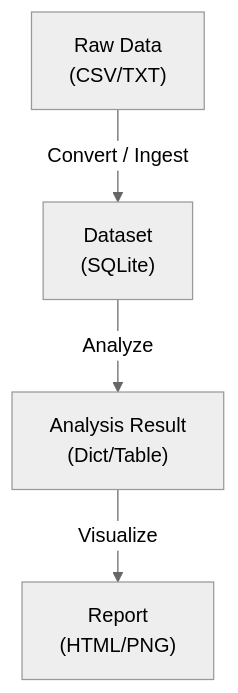
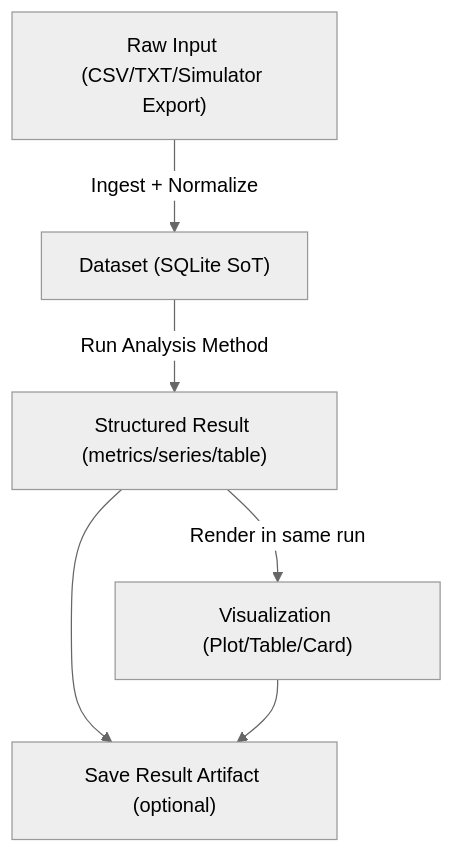
One commit to arfiligol/superconducting-circuits-tutorial changed the diagram in docs/explanation/architecture/pipeline/data-flow.md. Above: the diagram before and after it, drawn with Mermaid (neutral theme). The commit also changed other lines of this file and 335 other files, not shown here.

````diff
--- a/docs/explanation/architecture/pipeline/data-flow.md
+++ b/docs/explanation/architecture/pipeline/data-flow.md
@@ -26,6 +26,8 @@
 ```mermaid
 flowchart TB
-    Raw["Raw Data\n(CSV/TXT)"] -->|Convert / Ingest| Pre["Dataset\n(SQLite)"]
-    Pre -->|Analyze| Result["Analysis Result\n(Dict/Table)"]
-    Result -->|Visualize| Report["Report\n(HTML/PNG)"]
+    Raw["Raw Input (CSV/TXT/Simulator Export)"] -->|Ingest + Normalize| Dataset["Dataset (SQLite SoT)"]
+    Dataset -->|Run Analysis Method| Result["Structured Result (metrics/series/table)"]
+    Result -->|Render in same run| Viz["Visualization (Plot/Table/Card)"]
+    Result --> Persist["Save Result Artifact (optional)"]
+    Viz --> Persist
 ```
````
